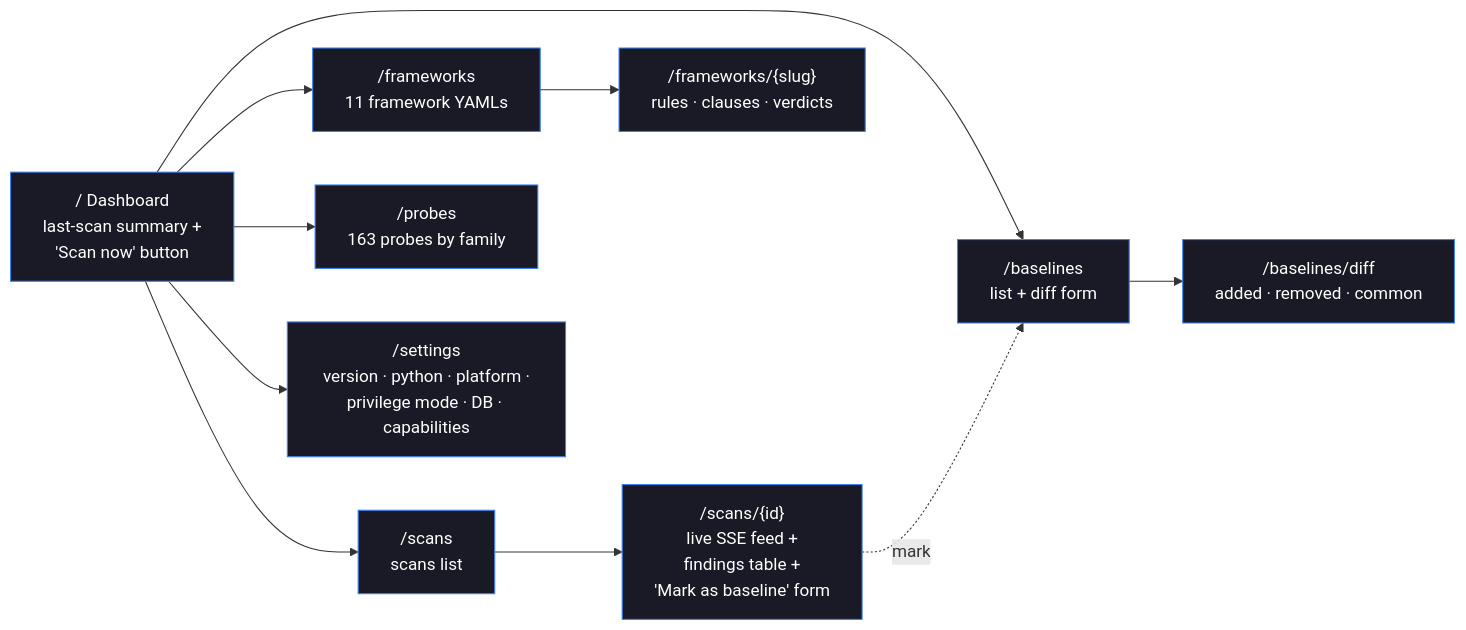
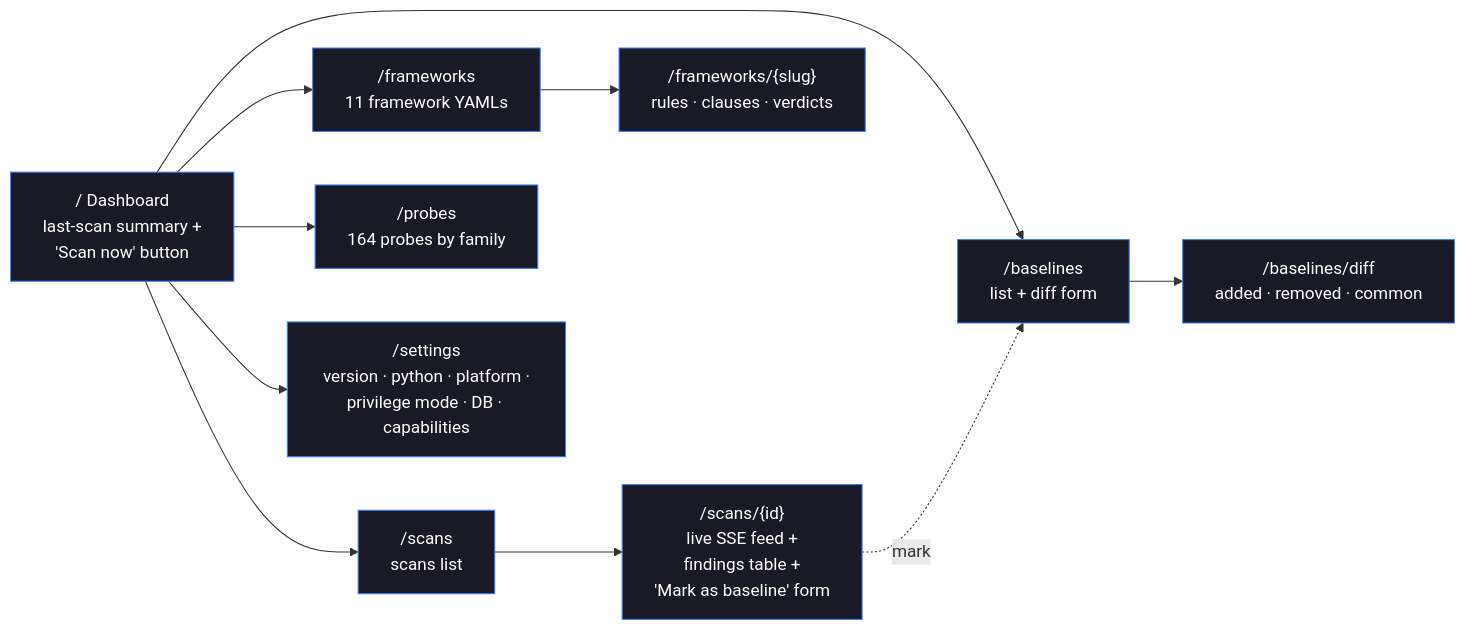
The fourth of 8 diagrams in README.md (orengacademy/pqc-scanner2), drawn with Mermaid before and after one commit. The commit also changed other lines of this file and 7 other files, not shown here.

````diff
--- a/README.md
+++ b/README.md
@@ -248,22 +248,22 @@
 ```mermaid
 flowchart LR
     HOME["/  Dashboard<br/>last-scan summary +<br/>'Scan now' button"]
     SCANS["/scans<br/>scans list"]
     DETAIL["/scans/{id}<br/>live SSE feed +<br/>findings table +<br/>'Mark as baseline' form"]
     FRAMEWORKS["/frameworks<br/>11 framework YAMLs"]
     FW_DET["/frameworks/{slug}<br/>rules · clauses · verdicts"]
-    PROBES["/probes<br/>163 probes by family"]
+    PROBES["/probes<br/>164 probes by family"]
     BASELINES["/baselines<br/>list + diff form"]
     DIFF["/baselines/diff<br/>added · removed · common"]
     SETTINGS["/settings<br/>version · python · platform ·<br/>privilege mode · DB · capabilities"]
 
     HOME --> SCANS --> DETAIL
     HOME --> FRAMEWORKS --> FW_DET
     HOME --> PROBES
     HOME --> BASELINES --> DIFF
     DETAIL -.mark.-> BASELINES
     HOME --> SETTINGS
 
     classDef page fill:#1a1a26,color:#fff,stroke:#3b82f6
     class HOME,SCANS,DETAIL,FRAMEWORKS,FW_DET,PROBES,BASELINES,DIFF,SETTINGS page
 ```
````
